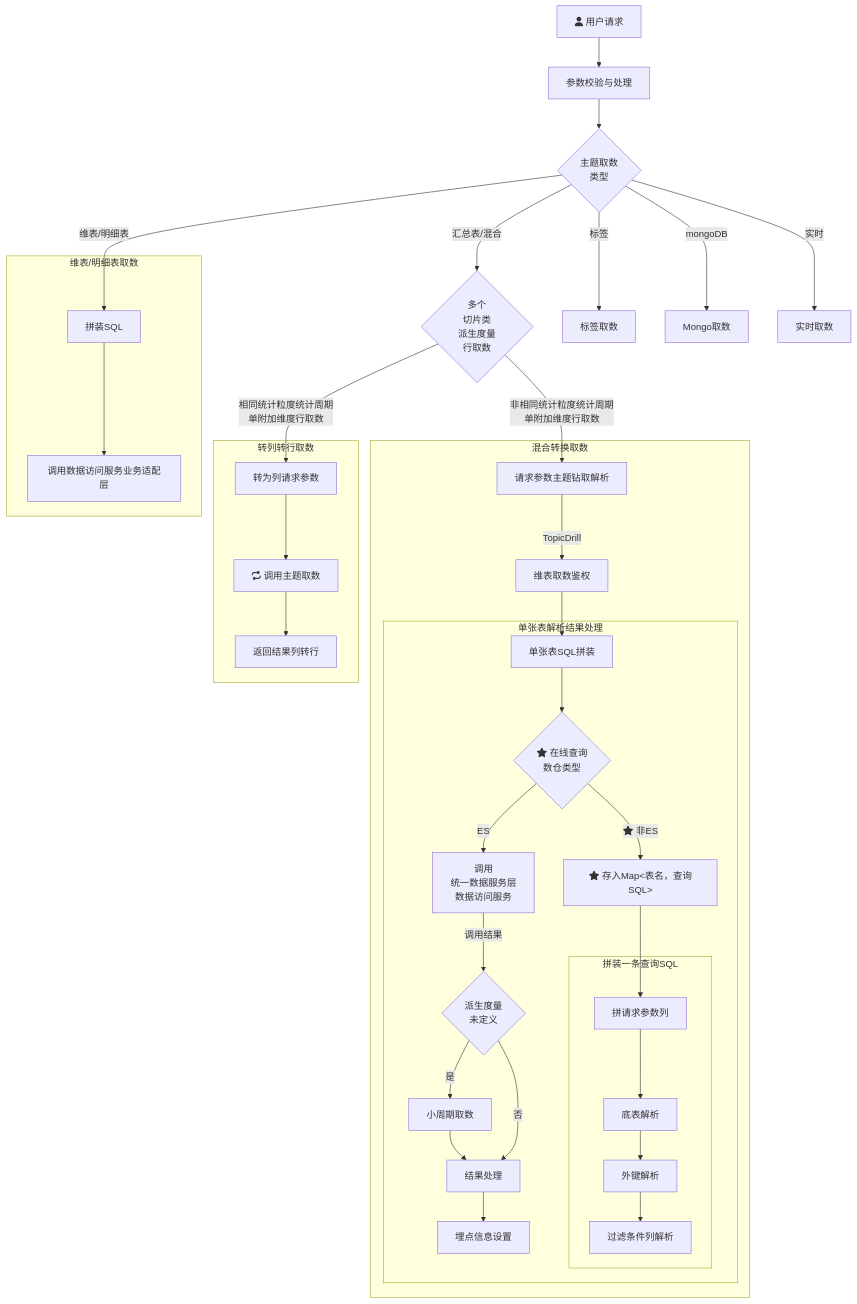
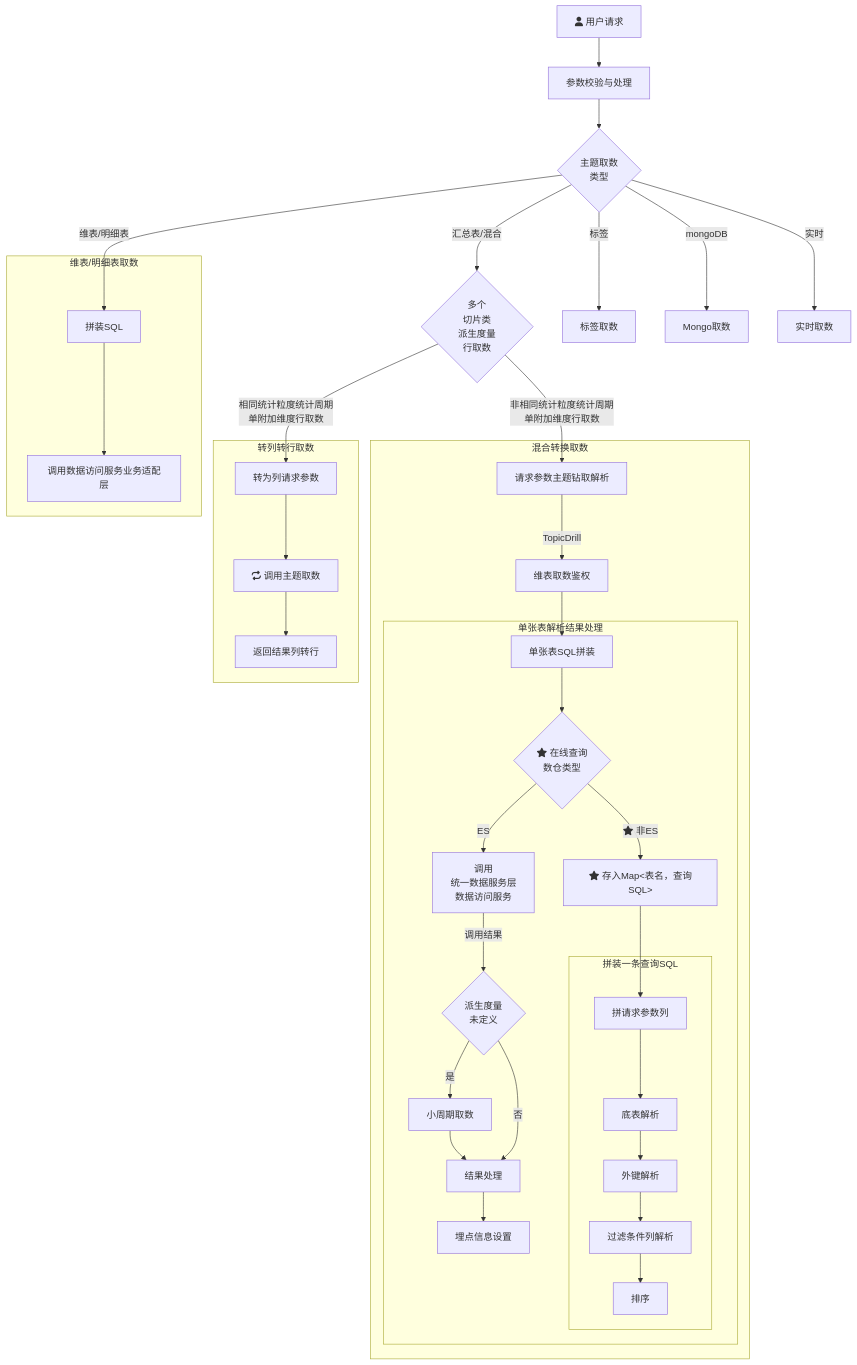
Before and after one commit to yanglosm/iodraw-files: the diagram in all/未命名.md, drawn with Mermaid.

Commit message:
2024-11-29 19:36:57 update

````diff
--- a/all/未命名.md
+++ b/all/未命名.md
@@ -1,30 +1,30 @@
 ```mermaid
 flowchart TD
     A[fa:fa-user 用户请求] -->A1[参数校验与处理] --> B{主题取数\n类型}
     B -->|维表/明细表| D[拼装SQL]
     B -->|汇总表/混合| E{多个\n切片类\n派生度量\n行取数}
     B -->|标签| F[标签取数]
     B -->|mongoDB| G[Mongo取数]
     B -->|实时| H[实时取数]
     E -->|相同统计粒度统计周期\n单附加维度行取数| E1[转为列请求参数]
     E -->|非相同统计粒度统计周期\n单附加维度行取数| T1[请求参数主题钻取解析]
     subgraph 维表/明细表取数
     D-->D1[调用数据访问服务业务适配层]
     end
     subgraph 转列转行取数
     E1-->E11[fa:fa-repeat 调用主题取数]-->E12[返回结果列转行]
     end
     subgraph 混合转换取数
     T1-->|TopicDrill| T2[维表取数鉴权] --> T31[单张表SQL拼装]
         subgraph 单张表解析结果处理
         T31 --> T4{fa:fa-star 在线查询\n数仓类型}-->|ES|T32[调用\n统一数据服务层\n数据访问服务] --> |调用结果|T33{派生度量\n未定义}
         T33 --> |是|T33_1[小周期取数]-->T34[结果处理]-->T35[埋点信息设置]
         T33 --> |否|T34
         T4 --> |fa:fa-star 非ES|T41["fa:fa-star 存入Map<表名，查询SQL>"]
         T41 --> T42[拼请求参数列]
             subgraph 拼装一条查询SQL
-            T42 --> M1[底表解析] --> M2[外键解析] --> 过滤条件列解析
+            T42 --> M1[底表解析] --> M2[外键解析] --> 过滤条件列解析 --> 排序
             end
         end
     end
 ```
````
